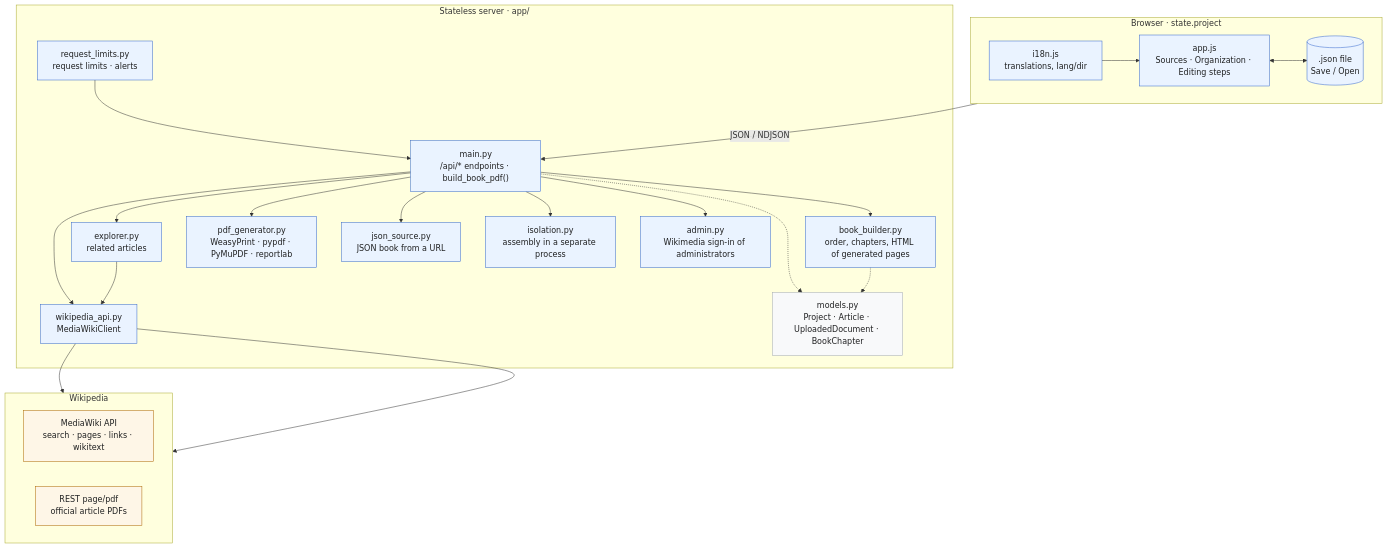
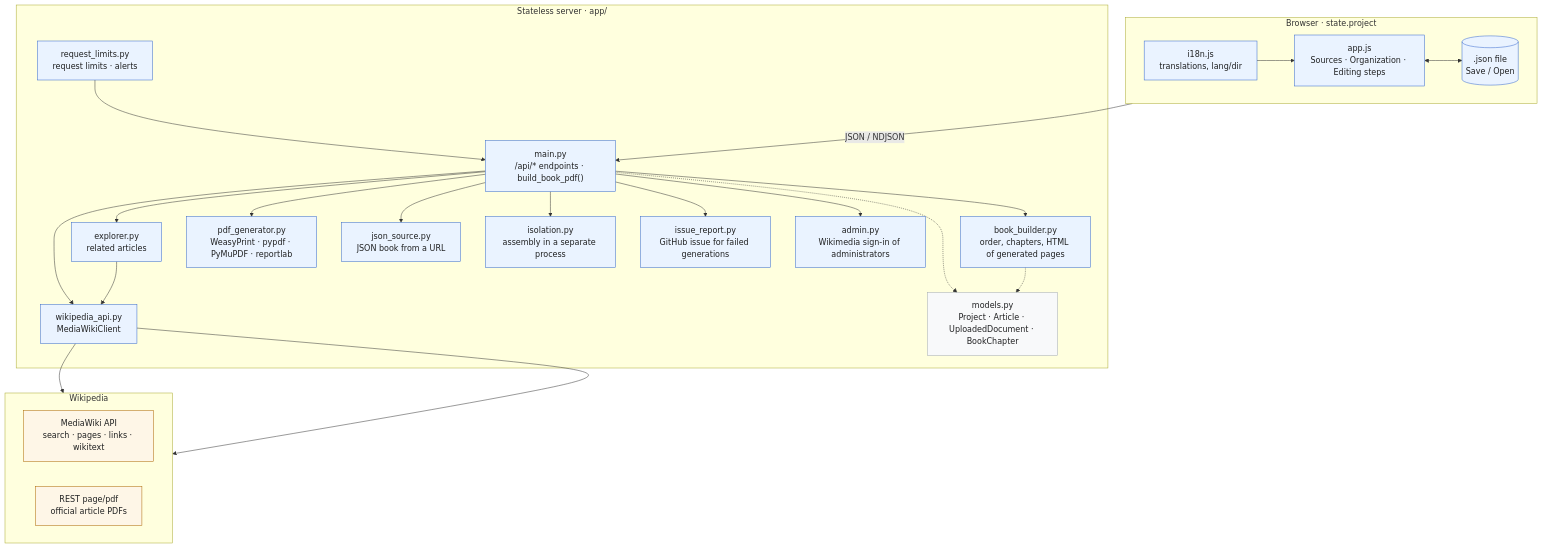
The first of 2 diagrams in docs/TechnicalSpec.en.md (gmoulard/wikipedia2book), drawn with Mermaid before and after one commit. The commit also changed other lines of this file and 12 other files, not shown here.

First line of the commit message:
Issue GitHub generationProbleme pour chaque génération en échec

````diff
--- a/docs/TechnicalSpec.en.md
+++ b/docs/TechnicalSpec.en.md
@@ -566,52 +570,54 @@
 ```mermaid
 flowchart TB
     subgraph Browser["Browser · state.project"]
         direction LR
         I18N["i18n.js<br/>translations, lang/dir"]
         APP["app.js<br/>Sources · Organization · Editing steps"]
         FILE[(".json file<br/>Save / Open")]
         I18N --> APP
         APP <--> FILE
     end
 
     subgraph Server["Stateless server · app/"]
         MAIN["main.py<br/>/api/* endpoints · build_book_pdf()"]
         EXPL["explorer.py<br/>related articles"]
         BB["book_builder.py<br/>order, chapters, HTML of generated pages"]
         PDFG["pdf_generator.py<br/>WeasyPrint · pypdf · PyMuPDF · reportlab"]
         WAPI["wikipedia_api.py<br/>MediaWikiClient"]
         JSRC["json_source.py<br/>JSON book from a URL"]
         GUARD["request_limits.py<br/>request limits · alerts"]
         GUARD --> MAIN
         MODELS["models.py<br/>Project · Article · UploadedDocument · BookChapter"]
         MAIN --> EXPL
         MAIN --> BB
         ISO["isolation.py<br/>assembly in a separate process"]
+        ISSUE["issue_report.py<br/>GitHub issue for failed generations"]
+        MAIN --> ISSUE
         ADM["admin.py<br/>Wikimedia sign-in of administrators"]
         MAIN --> ADM
         MAIN --> ISO
         MAIN --> PDFG
         MAIN --> WAPI
         MAIN --> JSRC
         EXPL --> WAPI
     end
 
     subgraph Wikipedia["Wikipedia"]
         direction LR
         MW["MediaWiki API<br/>search · pages · links · wikitext"]
         REST["REST page/pdf<br/>official article PDFs"]
     end
 
     APP -- "JSON / NDJSON" --> MAIN
     WAPI --> MW
     WAPI --> REST
     MAIN -.-> MODELS
     BB -.-> MODELS
 
     classDef app fill:#eaf3ff,stroke:#3366cc,color:#202122
     classDef wiki fill:#fef6e7,stroke:#ac6600,color:#202122
     classDef shared fill:#f8f9fa,stroke:#a2a9b1,color:#202122
-    class I18N,APP,FILE,MAIN,EXPL,BB,PDFG,WAPI,ISO,JSRC,ADM,GUARD app
+    class I18N,APP,FILE,MAIN,EXPL,BB,PDFG,WAPI,ISO,JSRC,ADM,GUARD,ISSUE app
     class MW,REST wiki
     class MODELS shared
 ```
````
